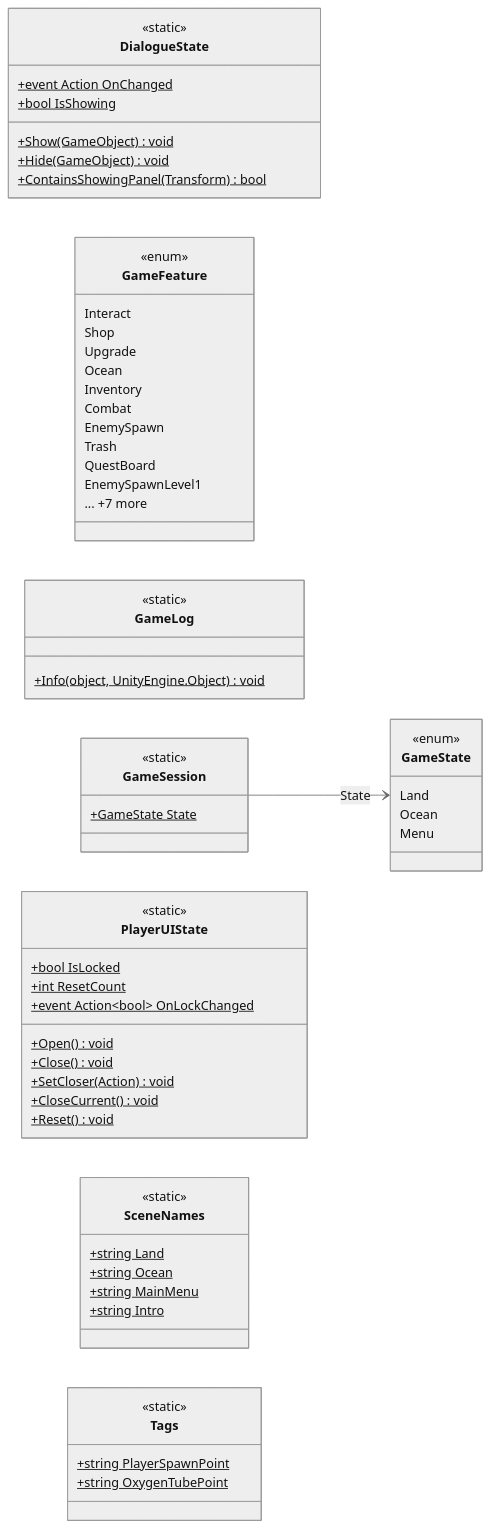
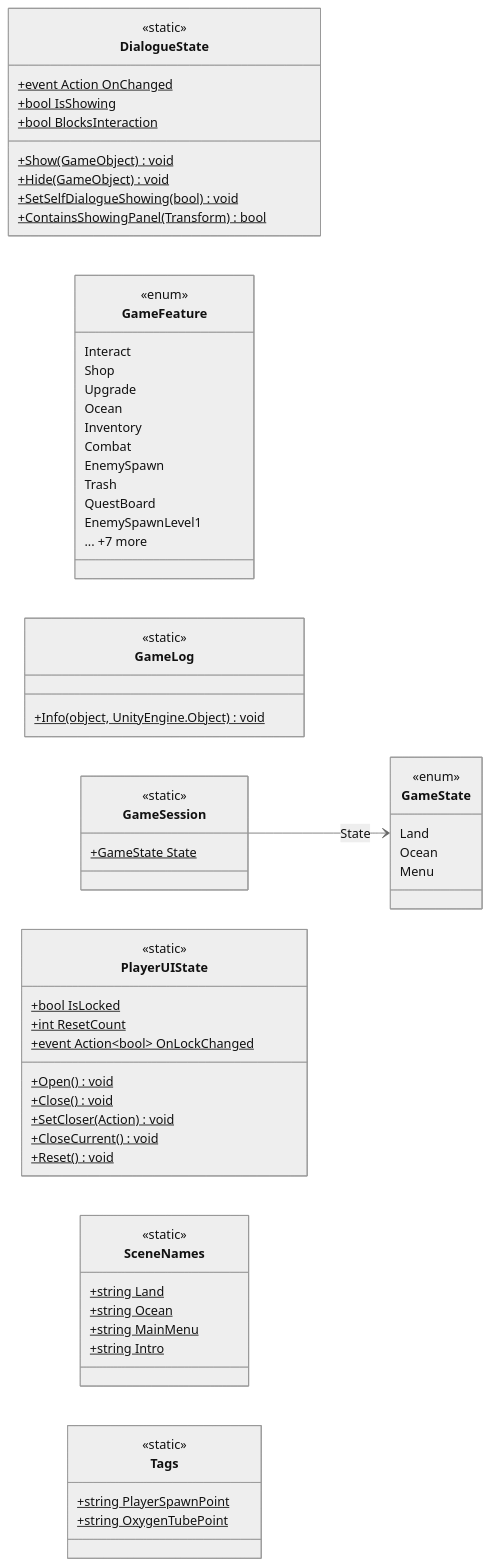
Before and after one commit to PhumipatWave/project-ocean: the diagram in docs/uml/modules/Core.md, drawn with Mermaid (neutral theme). The commit also changed other lines of this file and 65 other files, not shown here.

````diff
--- a/docs/uml/modules/Core.md
+++ b/docs/uml/modules/Core.md
@@ -7,64 +7,66 @@
 ```mermaid
 classDiagram
   direction LR
   class DialogueState {
     <<static>>
     +event Action OnChanged$
     +bool IsShowing$
+    +bool BlocksInteraction$
     +Show(GameObject)$ void
     +Hide(GameObject)$ void
+    +SetSelfDialogueShowing(bool)$ void
     +ContainsShowingPanel(Transform)$ bool
   }
   class GameFeature {
     <<enum>>
     Interact
     Shop
     Upgrade
     Ocean
     Inventory
     Combat
     EnemySpawn
     Trash
     QuestBoard
     EnemySpawnLevel1
     ... +7 more
   }
   class GameLog {
     <<static>>
     +Info(object, UnityEngine.Object)$ void
   }
   class GameSession {
     <<static>>
     +GameState State$
   }
   class GameState {
     <<enum>>
     Land
     Ocean
     Menu
   }
   class PlayerUIState {
     <<static>>
     +bool IsLocked$
     +int ResetCount$
     +event Action~bool~ OnLockChanged$
     +Open()$ void
     +Close()$ void
     +SetCloser(Action)$ void
     +CloseCurrent()$ void
     +Reset()$ void
   }
   class SceneNames {
     <<static>>
     +string Land$
     +string Ocean$
     +string MainMenu$
     +string Intro$
   }
   class Tags {
     <<static>>
     +string PlayerSpawnPoint$
     +string OxygenTubePoint$
   }
   GameSession --> GameState : State
 ```
````
